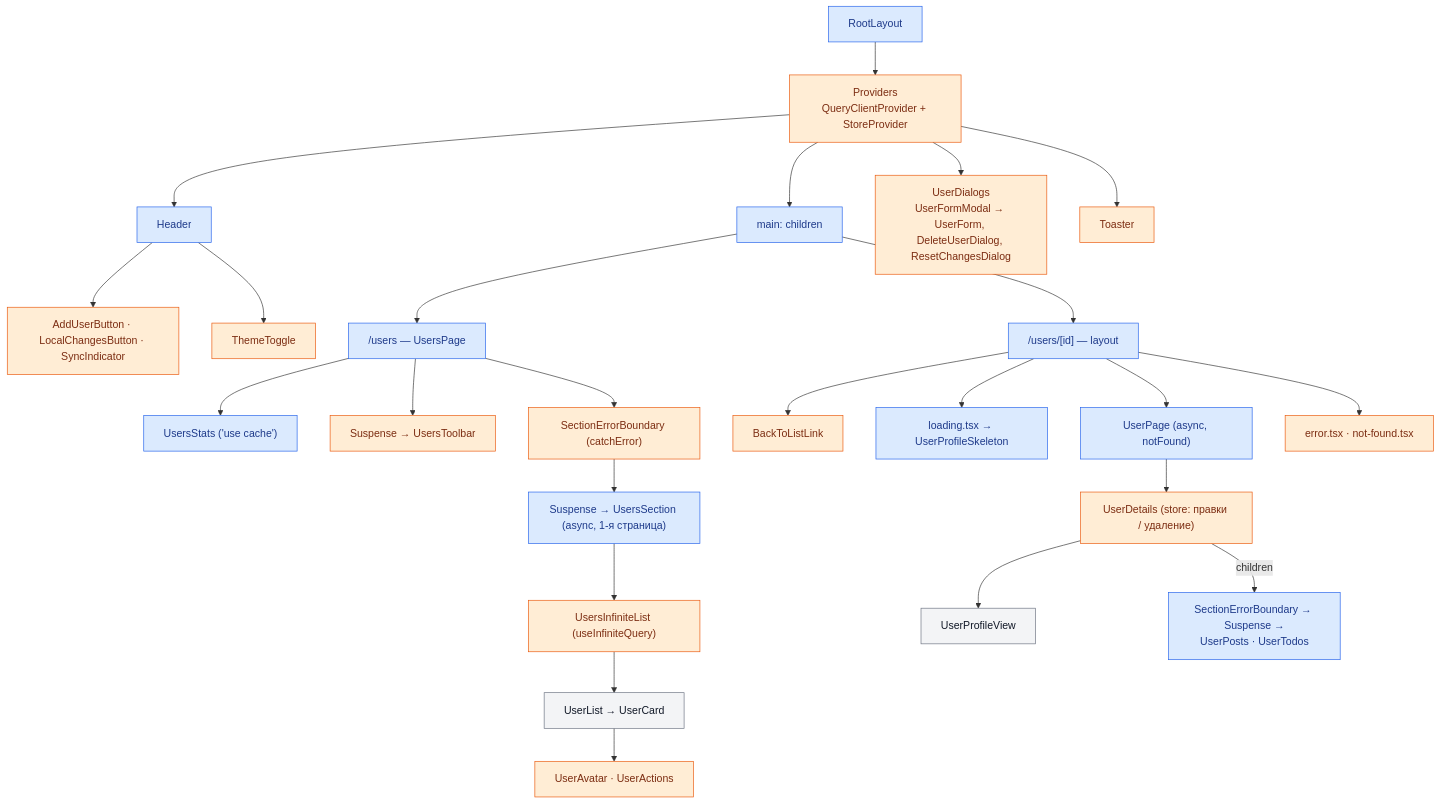
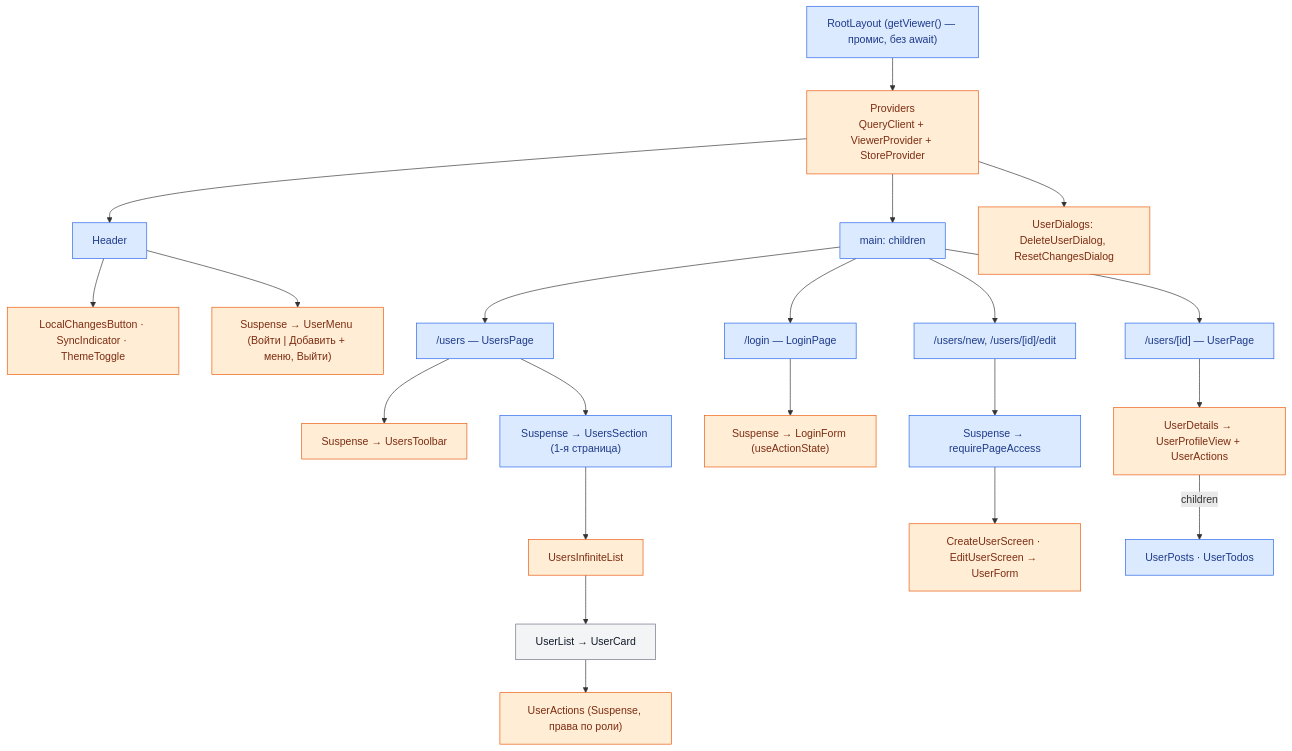
The diagram in README.md (neeslova/react-users), drawn with Mermaid before and after one commit. The commit also changed other lines of this file and 80 other files, not shown here.

````diff
--- a/README.md
+++ b/README.md
@@ -91,32 +195,30 @@
 ```mermaid
 flowchart TD
   classDef server fill:#dbeafe,stroke:#2563eb,color:#1e3a8a
   classDef client fill:#ffedd5,stroke:#ea580c,color:#7c2d12
   classDef shared fill:#f3f4f6,stroke:#6b7280,color:#111827
 
-  RootLayout[RootLayout]:::server --> Providers["Providers<br/>QueryClientProvider + StoreProvider"]:::client
+  RootLayout["RootLayout (getViewer() — промис, без await)"]:::server --> Providers["Providers<br/>QueryClient + ViewerProvider + StoreProvider"]:::client
   Providers --> Header[Header]:::server
-  Header --> HeaderActions["AddUserButton · LocalChangesButton · SyncIndicator"]:::client
-  Header --> ThemeToggle[ThemeToggle]:::client
+  Header --> HeaderActions["LocalChangesButton · SyncIndicator · ThemeToggle"]:::client
+  Header --> UserMenu["Suspense → UserMenu (Войти | Добавить + меню, Выйти)"]:::client
   Providers --> Main["main: children"]:::server
-  Providers --> UserDialogs["UserDialogs<br/>UserFormModal → UserForm, DeleteUserDialog, ResetChangesDialog"]:::client
-  Providers --> Toaster[Toaster]:::client
+  Providers --> UserDialogs["UserDialogs: DeleteUserDialog, ResetChangesDialog"]:::client
 
   Main --> UsersPage["/users — UsersPage"]:::server
-  UsersPage --> UsersStats["UsersStats ('use cache')"]:::server
   UsersPage --> UsersToolbar["Suspense → UsersToolbar"]:::client
-  UsersPage --> Boundary1["SectionErrorBoundary (catchError)"]:::client
-  Boundary1 --> UsersSection["Suspense → UsersSection (async, 1-я страница)"]:::server
-  UsersSection --> UsersInfiniteList["UsersInfiniteList (useInfiniteQuery)"]:::client
-  UsersInfiniteList --> UserList[UserList → UserCard]:::shared
-  UserList --> CardIslands["UserAvatar · UserActions"]:::client
+  UsersPage --> UsersSection["Suspense → UsersSection (1-я страница)"]:::server
+  UsersSection --> UsersInfiniteList["UsersInfiniteList"]:::client
+  UsersInfiniteList --> UserCard[UserList → UserCard]:::shared
+  UserCard --> UserActions["UserActions (Suspense, права по роли)"]:::client
 
-  Main --> UserLayout["/users/[id] — layout"]:::server
-  UserLayout --> BackLink[BackToListLink]:::client
-  UserLayout --> Loading["loading.tsx → UserProfileSkeleton"]:::server
-  UserLayout --> UserPage["UserPage (async, notFound)"]:::server
-  UserLayout --> UserError["error.tsx · not-found.tsx"]:::client
-  UserPage --> UserDetails["UserDetails (store: правки / удаление)"]:::client
-  UserDetails --> ProfileView[UserProfileView]:::shared
-  UserDetails -- children --> Sections["SectionErrorBoundary → Suspense →<br/>UserPosts · UserTodos"]:::server
+  Main --> LoginPage["/login — LoginPage"]:::server
+  LoginPage --> LoginForm["Suspense → LoginForm (useActionState)"]:::client
+  Main --> NewPage["/users/new, /users/[id]/edit"]:::server
+  NewPage --> Gate["Suspense → requirePageAccess"]:::server
+  Gate --> Screens["CreateUserScreen · EditUserScreen → UserForm"]:::client
+
+  Main --> UserPage["/users/[id] — UserPage"]:::server
+  UserPage --> UserDetails["UserDetails → UserProfileView + UserActions"]:::client
+  UserDetails -- children --> Sections["UserPosts · UserTodos"]:::server
 ```
````
